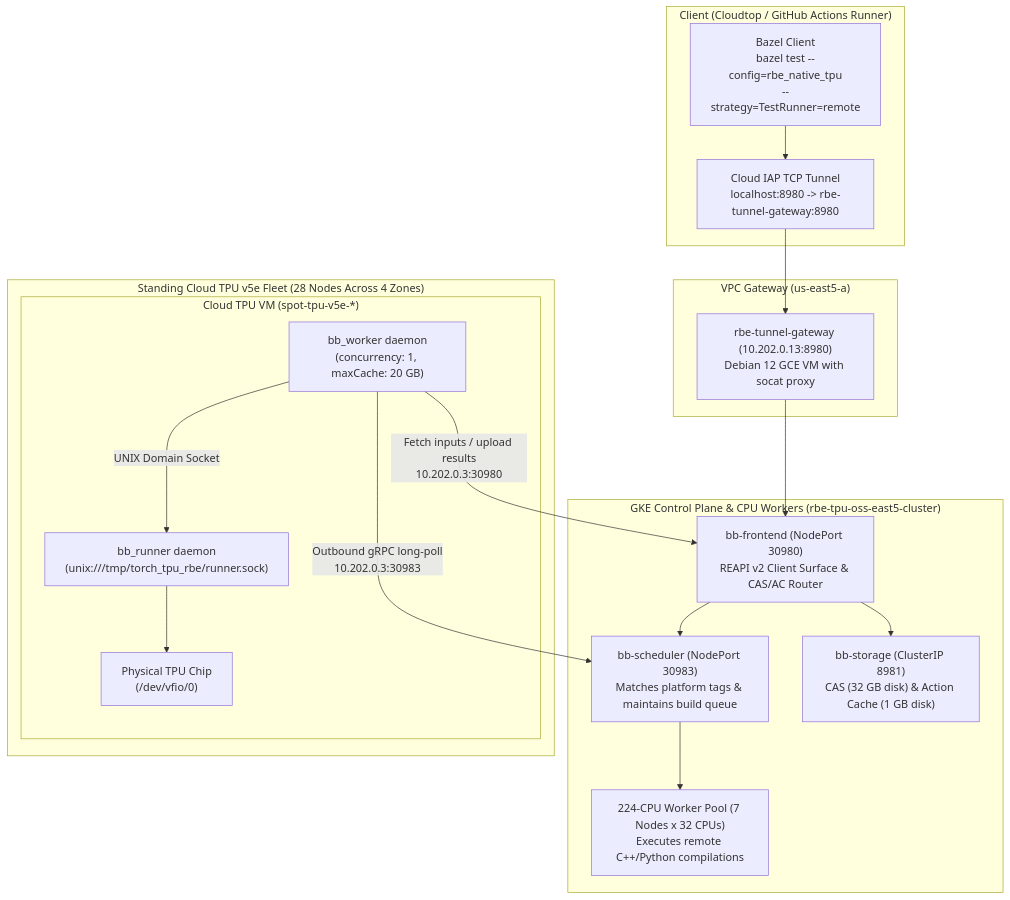
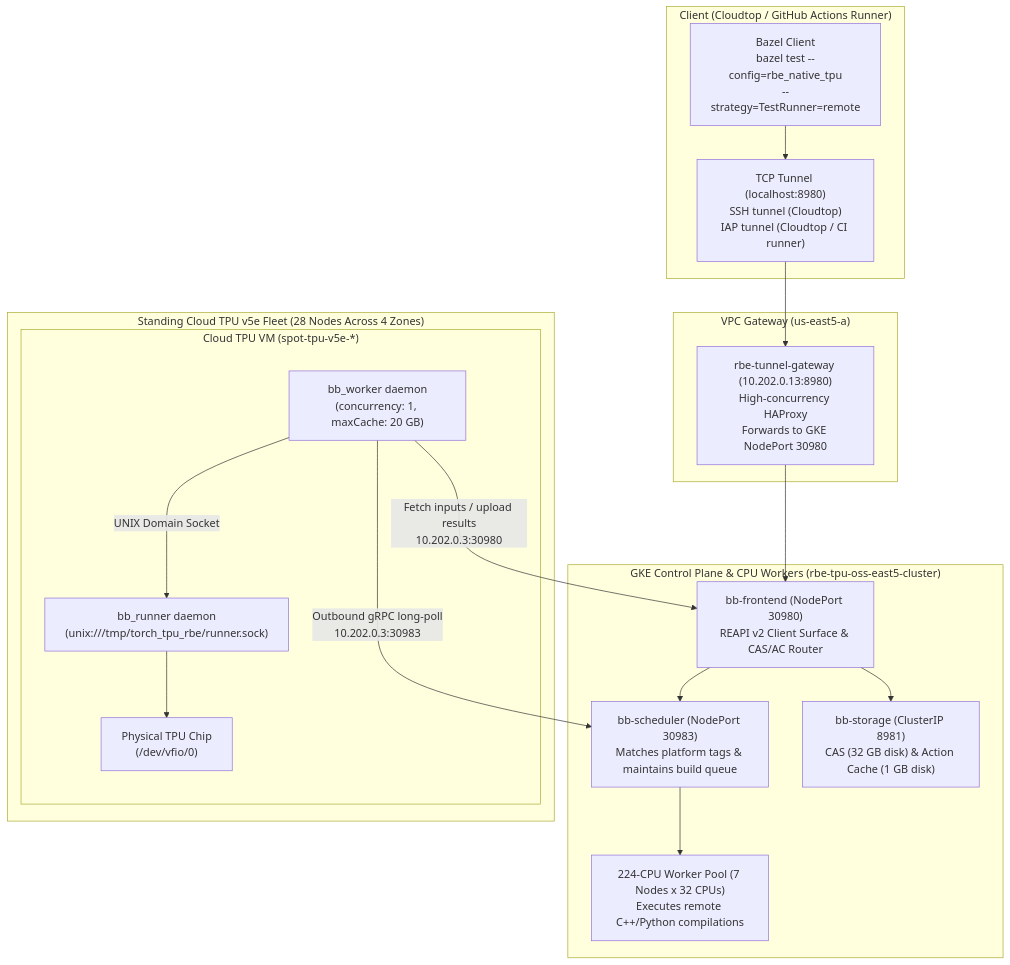
Before and after one commit to google-pytorch/torch_tpu: the diagram in docs/NATIVE_RBE_ARCHITECTURE.md, drawn with Mermaid. The commit also changed other lines of this file, not shown here.

Commit message:
docs: refine native RBE architecture guide

````diff
--- a/docs/NATIVE_RBE_ARCHITECTURE.md
+++ b/docs/NATIVE_RBE_ARCHITECTURE.md
@@ -36,38 +32,38 @@
 ```mermaid
 flowchart TD
     subgraph Client ["Client (Cloudtop / GitHub Actions Runner)"]
         Bazel["Bazel Client<br/>bazel test --config=rbe_native_tpu<br/>--strategy=TestRunner=remote"]
-        Tunnel["Cloud IAP TCP Tunnel<br/>localhost:8980 -> rbe-tunnel-gateway:8980"]
+        Tunnel["TCP Tunnel (localhost:8980)<br/>SSH tunnel (Cloudtop)<br/>IAP tunnel (Cloudtop / CI runner)"]
         Bazel --> Tunnel
     end
 
     subgraph Gateway ["VPC Gateway (us-east5-a)"]
-        GW["rbe-tunnel-gateway (10.202.0.13:8980)<br/>Debian 12 GCE VM with socat proxy"]
+        GW["rbe-tunnel-gateway (10.202.0.13:8980)<br/>High-concurrency HAProxy<br/>Forwards to GKE NodePort 30980"]
         Tunnel --> GW
     end
 
     subgraph ControlPlane ["GKE Control Plane & CPU Workers (rbe-tpu-oss-east5-cluster)"]
         FE["bb-frontend (NodePort 30980)<br/>REAPI v2 Client Surface & CAS/AC Router"]
         SCHED["bb-scheduler (NodePort 30983)<br/>Matches platform tags & maintains build queue"]
         STOR["bb-storage (ClusterIP 8981)<br/>CAS (32 GB disk) & Action Cache (1 GB disk)"]
         CPUWorkers["224-CPU Worker Pool (7 Nodes x 32 CPUs)<br/>Executes remote C++/Python compilations"]
 
         GW --> FE
         FE --> SCHED
         FE --> STOR
         SCHED --> CPUWorkers
     end
 
     subgraph Fleet ["Standing Cloud TPU v5e Fleet (28 Nodes Across 4 Zones)"]
         subgraph Node ["Cloud TPU VM (spot-tpu-v5e-*)"]
             Worker["bb_worker daemon<br/>(concurrency: 1, maxCache: 20 GB)"]
             Runner["bb_runner daemon<br/>(unix:///tmp/torch_tpu_rbe/runner.sock)"]
             Hardware["Physical TPU Chip<br/>(/dev/vfio/0)"]
 
             Worker -->|"Outbound gRPC long-poll<br/>10.202.0.3:30983"| SCHED
             Worker -->|"Fetch inputs / upload results<br/>10.202.0.3:30980"| FE
             Worker -->|"UNIX Domain Socket"| Runner
             Runner --> Hardware
         end
     end
 ```
````
